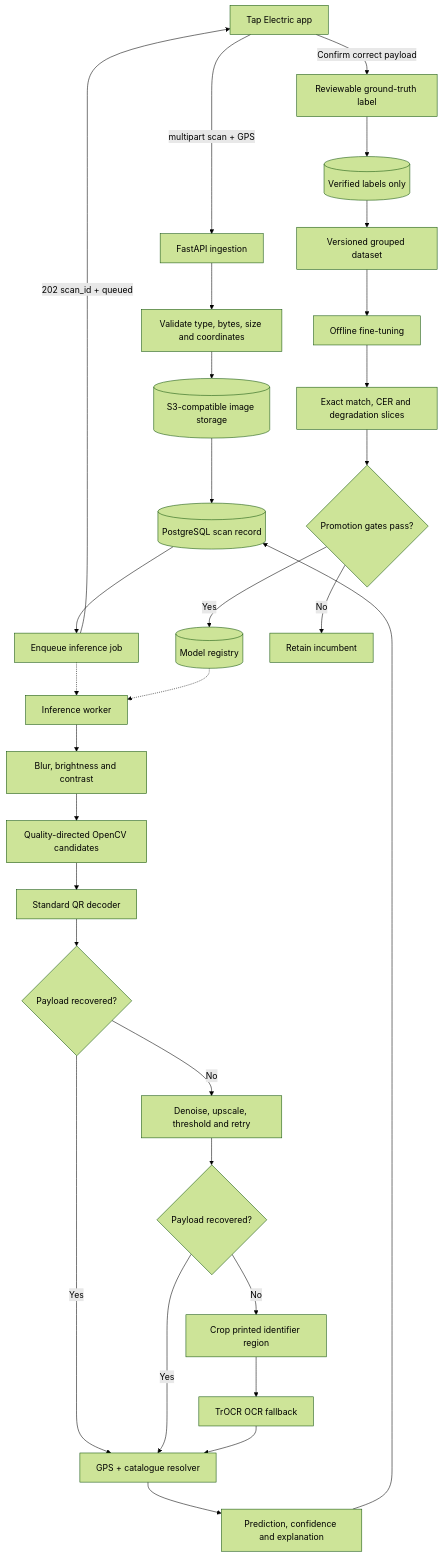
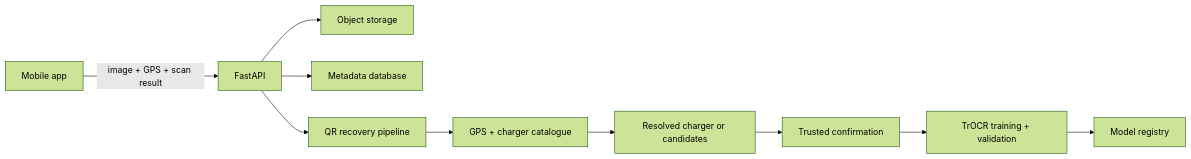
The diagram in README.md (siddiqueMangi2003/tap-electric-qr-recovery), drawn with Mermaid (forest theme) before and after one commit. The commit also changed other lines of this file, not shown here.

````diff
--- a/README.md
+++ b/README.md
@@ -47,34 +31,12 @@
 ```mermaid
-flowchart TD
-    App["Tap Electric app"] -->|"multipart scan + GPS"| API["FastAPI ingestion"]
-    API --> Validate["Validate type, bytes, size and coordinates"]
-    Validate --> ObjectStore[("S3-compatible image storage")]
-    ObjectStore --> ScanDB[("PostgreSQL scan record")]
-    ScanDB --> Queue["Enqueue inference job"]
-    Queue -->|"202 scan_id + queued"| App
-
-    Queue -.-> Worker["Inference worker"]
-    Worker --> Quality["Blur, brightness and contrast"]
-    Quality --> Preprocess["Quality-directed OpenCV candidates"]
-    Preprocess --> Decoder["Standard QR decoder"]
-    Decoder --> Decoded{"Payload recovered?"}
-    Decoded -->|Yes| Resolver["GPS + catalogue resolver"]
-    Decoded -->|No| Restore["Denoise, upscale, threshold and retry"]
-    Restore --> Retry{"Payload recovered?"}
-    Retry -->|Yes| Resolver
-    Retry -->|No| Crop["Crop printed identifier region"]
-    Crop --> TrOCR["TrOCR OCR fallback"]
-    TrOCR --> Resolver
-    Resolver --> Result["Prediction, confidence and explanation"]
-    Result --> ScanDB
-
-    App -->|"Confirm correct payload"| Label["Reviewable ground-truth label"]
-    Label --> Verified[("Verified labels only")]
-    Verified --> Dataset["Versioned grouped dataset"]
-    Dataset --> Train["Offline fine-tuning"]
-    Train --> Evaluate["Exact match, CER and degradation slices"]
-    Evaluate --> Gate{"Promotion gates pass?"}
-    Gate -->|Yes| Registry[("Model registry")]
-    Gate -->|No| Retain["Retain incumbent"]
-    Registry -.-> Worker
+flowchart LR
+    App["Mobile app"] -->|"image + GPS + scan result"| API["FastAPI"]
+    API --> Images["Object storage"]
+    API --> DB["Metadata database"]
+    API --> Recovery["QR recovery pipeline"]
+    Recovery --> Resolver["GPS + charger catalogue"]
+    Resolver --> Result["Resolved charger or candidates"]
+    Result --> Verify["Trusted confirmation"]
+    Verify --> Train["TrOCR training + validation"]
+    Train --> Registry["Model registry"]
 ```
````
